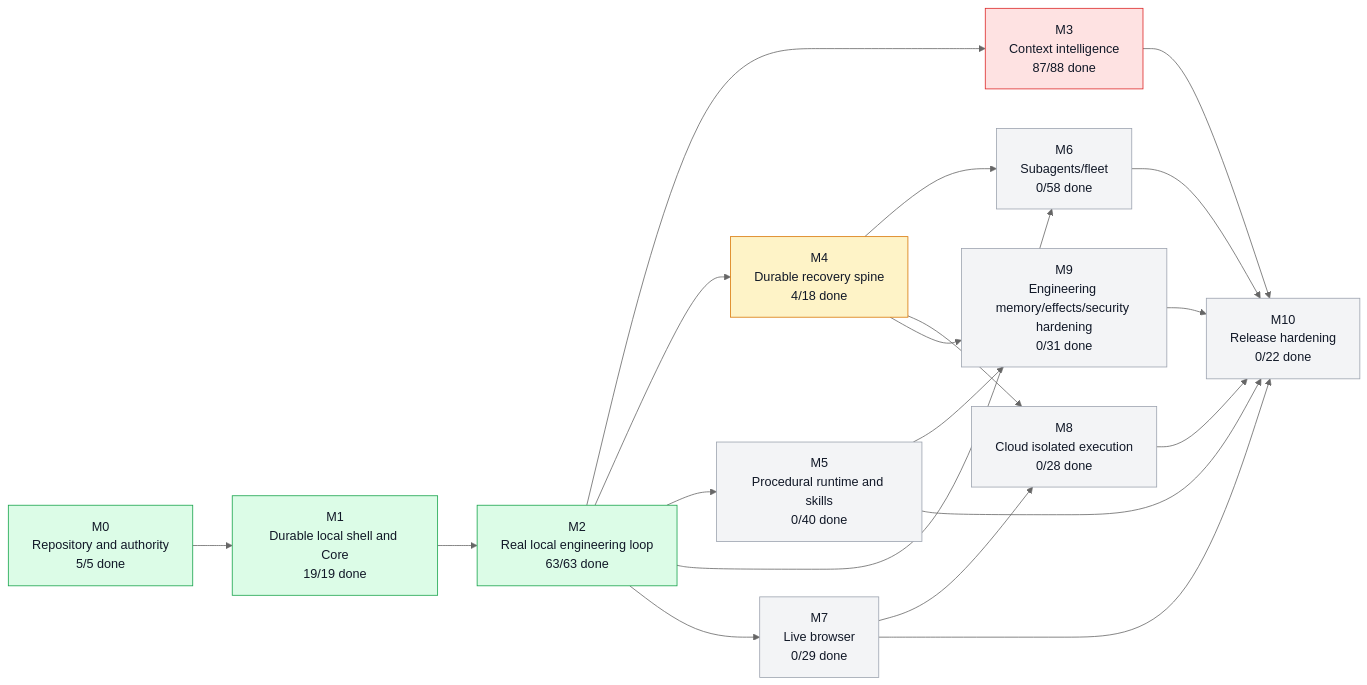
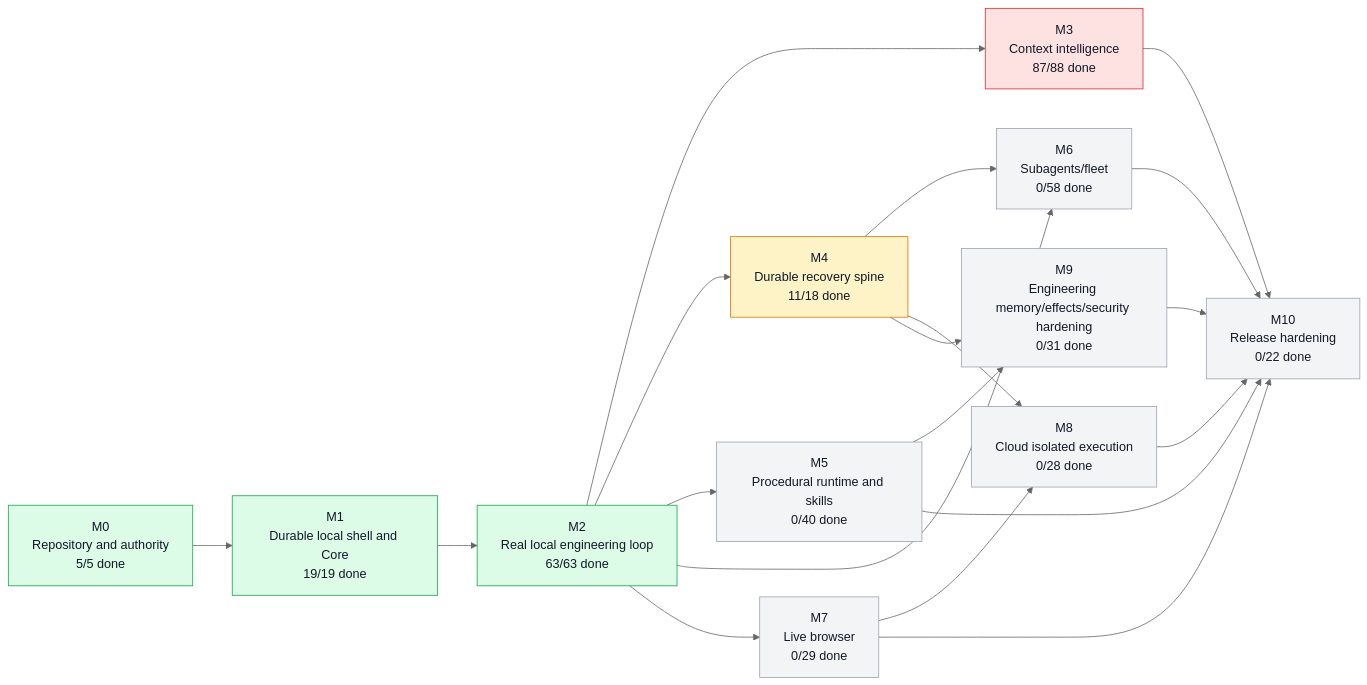
One commit to moss101/modbit changed the first of 5 diagrams in graph/PROJECT_GRAPH.md. Above: the diagram before and after it, drawn with Mermaid (neutral theme). The commit also changed other lines of this file and 25 other files, not shown here.

````diff
--- a/graph/PROJECT_GRAPH.md
+++ b/graph/PROJECT_GRAPH.md
@@ -57,43 +57,43 @@
 ```mermaid
 flowchart LR
   M0["M0<br/>Repository and authority<br/>5/5 done"]
   M1["M1<br/>Durable local shell and Core<br/>19/19 done"]
   M2["M2<br/>Real local engineering loop<br/>63/63 done"]
   M3["M3<br/>Context intelligence<br/>87/88 done"]
-  M4["M4<br/>Durable recovery spine<br/>4/18 done"]
+  M4["M4<br/>Durable recovery spine<br/>11/18 done"]
   M5["M5<br/>Procedural runtime and skills<br/>0/40 done"]
   M6["M6<br/>Subagents/fleet<br/>0/58 done"]
   M7["M7<br/>Live browser<br/>0/29 done"]
   M8["M8<br/>Cloud isolated execution<br/>0/28 done"]
   M9["M9<br/>Engineering memory/effects/security hardening<br/>0/31 done"]
   M10["M10<br/>Release hardening<br/>0/22 done"]
   M0 --> M1
   M1 --> M2
   M2 --> M3
   M2 --> M4
   M2 --> M5
   M2 --> M6
   M4 --> M6
   M2 --> M7
   M4 --> M8
   M7 --> M8
   M4 --> M9
   M5 --> M9
   M3 --> M10
   M5 --> M10
   M6 --> M10
   M7 --> M10
   M8 --> M10
   M9 --> M10
   style M0 fill:#dcfce7,stroke:#16a34a,color:#111827
   style M1 fill:#dcfce7,stroke:#16a34a,color:#111827
   style M2 fill:#dcfce7,stroke:#16a34a,color:#111827
   style M3 fill:#fee2e2,stroke:#dc2626,color:#111827
   style M4 fill:#fef3c7,stroke:#d97706,color:#111827
   style M5 fill:#f3f4f6,stroke:#9ca3af,color:#111827
   style M6 fill:#f3f4f6,stroke:#9ca3af,color:#111827
   style M7 fill:#f3f4f6,stroke:#9ca3af,color:#111827
   style M8 fill:#f3f4f6,stroke:#9ca3af,color:#111827
   style M9 fill:#f3f4f6,stroke:#9ca3af,color:#111827
   style M10 fill:#f3f4f6,stroke:#9ca3af,color:#111827
 ```
````
